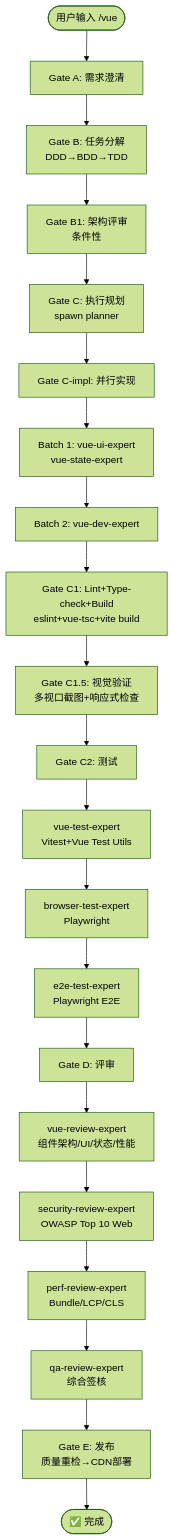
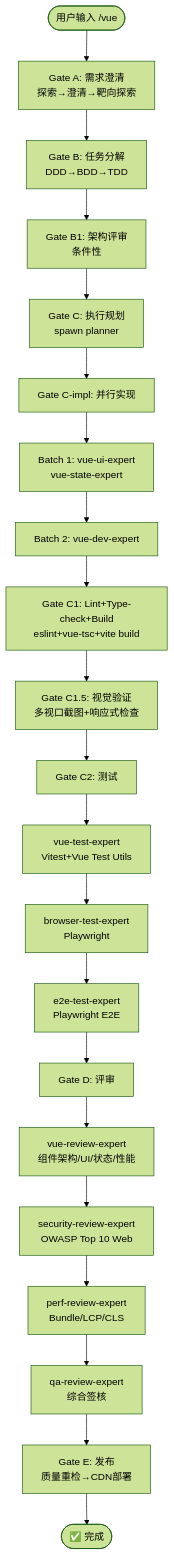
One commit to Wjl1224734792/Jarvis-Agent-Factory changed the diagram in docs/flows/vue.md. Above: the diagram before and after it, drawn with Mermaid (forest theme). The commit also changed 39 other files, not shown here.

````diff
--- a/docs/flows/vue.md
+++ b/docs/flows/vue.md
@@ -39,23 +39,23 @@
 ```mermaid
 flowchart TD
-    START([用户输入 /vue]) --> A[Gate A: 需求澄清]
+    START([用户输入 /vue]) --> A[Gate A: 需求澄清<br/>探索→澄清→靶向探索]
     A --> B[Gate B: 任务分解<br/>DDD→BDD→TDD]
     B --> B1[Gate B1: 架构评审<br/>条件性]
     B1 --> C[Gate C: 执行规划<br/>spawn planner]
     C --> CI[Gate C-impl: 并行实现]
     CI --> CI1[Batch 1: vue-ui-expert<br/>vue-state-expert]
     CI1 --> CI2[Batch 2: vue-dev-expert]
     CI2 --> C1[Gate C1: Lint+Type-check+Build<br/>eslint+vue-tsc+vite build]
     C1 --> C15[Gate C1.5: 视觉验证<br/>多视口截图+响应式检查]
     C15 --> C2[Gate C2: 测试]
     C2 --> C2A[vue-test-expert<br/>Vitest+Vue Test Utils]
     C2A --> C2B[browser-test-expert<br/>Playwright]
     C2B --> C2C[e2e-test-expert<br/>Playwright E2E]
     C2C --> D[Gate D: 评审]
     D --> D1[vue-review-expert<br/>组件架构/UI/状态/性能]
     D1 --> D2[security-review-expert<br/>OWASP Top 10 Web]
     D2 --> D3[perf-review-expert<br/>Bundle/LCP/CLS]
     D3 --> D4[qa-review-expert<br/>综合签核]
     D4 --> E[Gate E: 发布<br/>质量重检→CDN部署]
     E --> DONE([✅ 完成])
 ```
````
